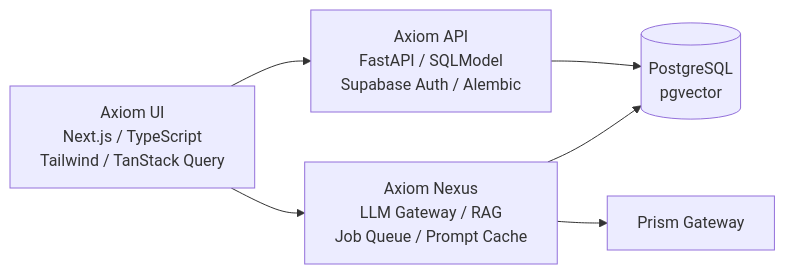
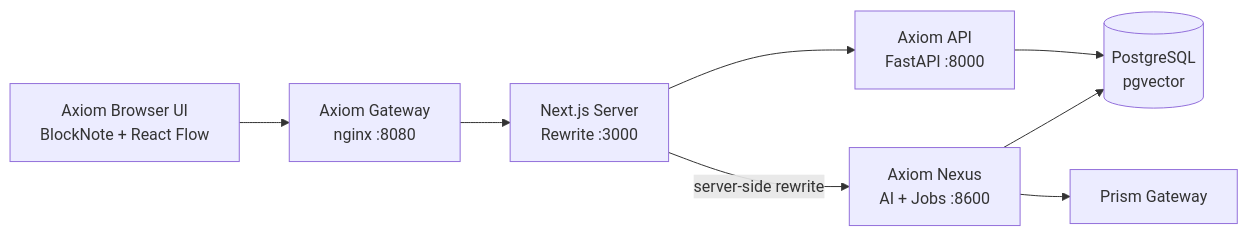
Before and after one commit to vsinghal3737/vsinghal3737: the second of 8 diagrams in README.md, drawn with Mermaid. The commit also changed other lines of this file, not shown here.

````diff
--- a/README.md
+++ b/README.md
@@ -107,14 +126,18 @@
 ```mermaid
 flowchart LR
-    UI["Axiom UI<br/>Next.js / TypeScript<br/>Tailwind / TanStack Query"]
-    API["Axiom API<br/>FastAPI / SQLModel<br/>Supabase Auth / Alembic"]
-    Nexus["Axiom Nexus<br/>LLM Gateway / RAG<br/>Job Queue / Prompt Cache"]
+    UI["Axiom Browser UI<br/>BlockNote + React Flow"]
+    Next["Next.js Server<br/>Rewrite :3000"]
+    API["Axiom API<br/>FastAPI :8000"]
+    Nexus["Axiom Nexus<br/>AI + Jobs :8600"]
     PG[("PostgreSQL<br/>pgvector")]
     Gateway["Prism Gateway"]
+    Edge["Axiom Gateway<br/>nginx :8080"]
 
-    UI --> API
-    UI --> Nexus
-    Nexus --> Gateway
+    UI --> Edge
+    Edge --> Next
+    Next --> API
+    Next -->|"server-side rewrite"| Nexus
     API --> PG
     Nexus --> PG
+    Nexus --> Gateway
 ```
````
